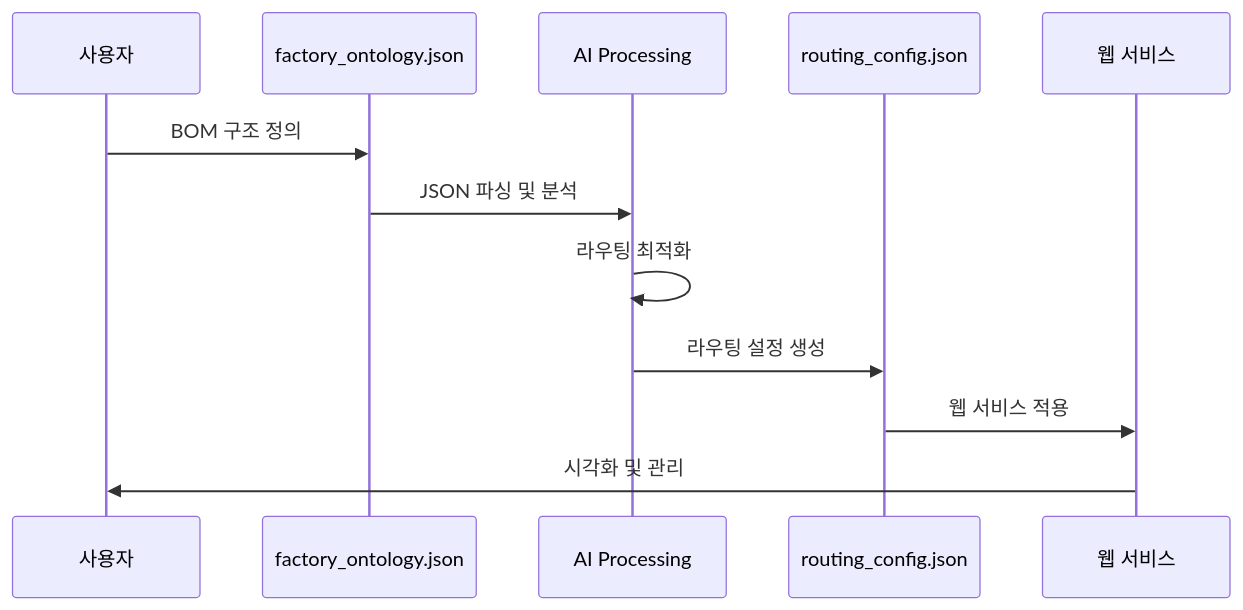
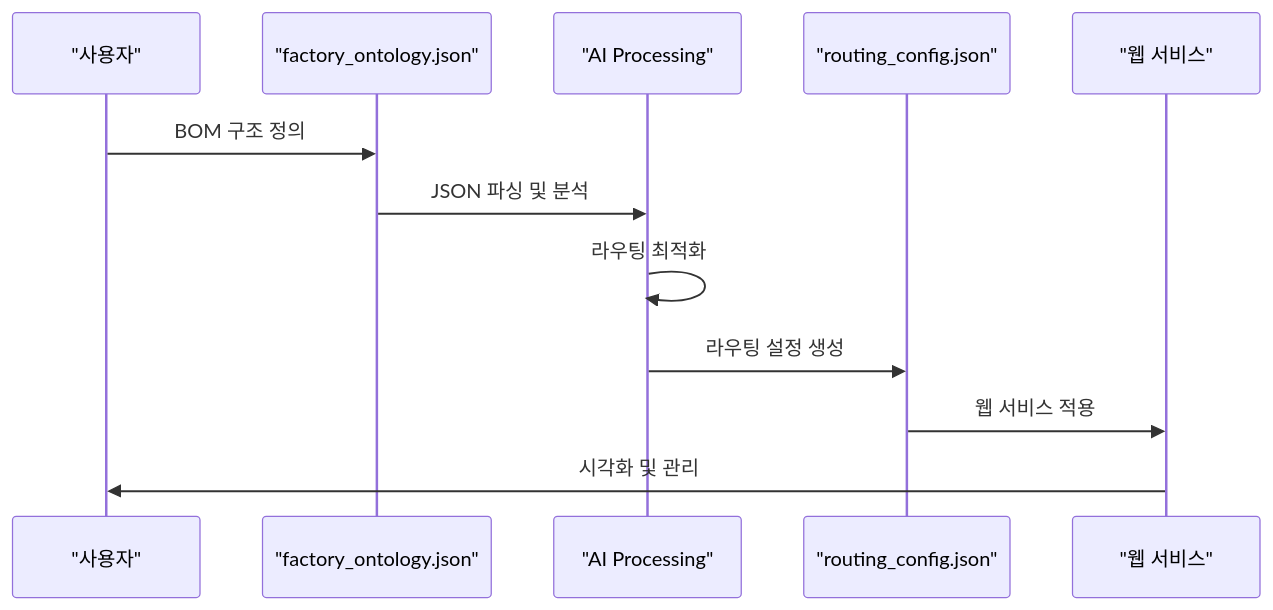
Before and after one commit to moobaek/Testing_AI_agents_for_public_use: the second of 3 diagrams in portfolio/Phase_1_Foundation/Step_05_IO_Optimization.md, drawn with Mermaid. The commit also changed other lines of this file and 14 other files, not shown here.

First line of the commit message:
fix: standardize Mermaid syntax for Obsidian compatibility across all portfolio documents

````diff
--- a/portfolio/Phase_1_Foundation/Step_05_IO_Optimization.md
+++ b/portfolio/Phase_1_Foundation/Step_05_IO_Optimization.md
@@ -57,15 +57,15 @@
 ```mermaid
 sequenceDiagram
-    participant User as 사용자
-    participant Input as factory_ontology.json
-    participant AI as AI Processing
-    participant Output as routing_config.json
-    participant WebService as 웹 서비스
+    participant User as "사용자"
+    participant Input as "factory_ontology.json"
+    participant AI as "AI Processing"
+    participant Output as "routing_config.json"
+    participant WebService as "웹 서비스"
     
     User->>Input: BOM 구조 정의
     Input->>AI: JSON 파싱 및 분석
     AI->>AI: 라우팅 최적화
     AI->>Output: 라우팅 설정 생성
     Output->>WebService: 웹 서비스 적용
     WebService->>User: 시각화 및 관리
 ```
````
